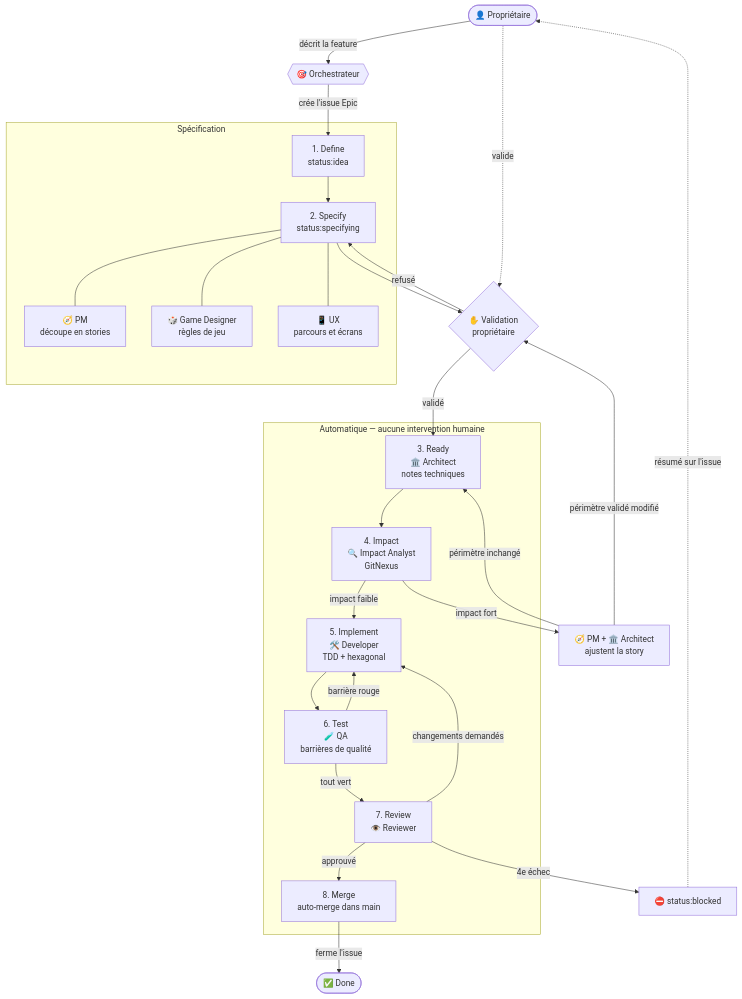
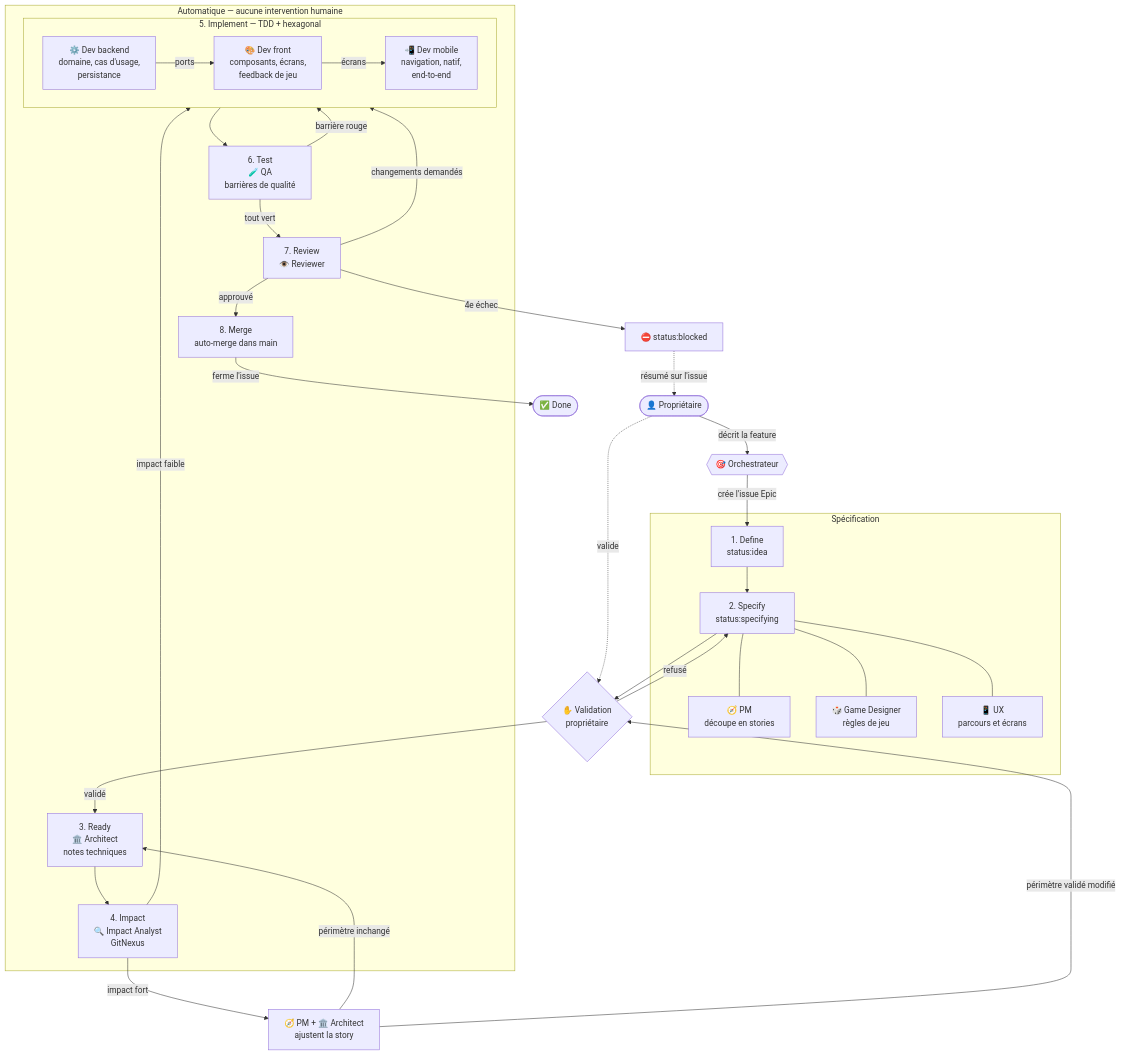
One commit to BPotet/ascent changed the diagram in docs/workflow.md. Above: the diagram before and after it, drawn with Mermaid. The commit also changed other lines of this file and 9 other files, not shown here.

First line of the commit message:
Split developer agent into backend, front and mobile devs

````diff
--- a/docs/workflow.md
+++ b/docs/workflow.md
@@ -15,49 +15,55 @@
 ```mermaid
 flowchart TD
     OWNER([👤 Propriétaire])
     ORCH{{🎯 Orchestrateur}}
 
     OWNER -- décrit la feature --> ORCH
     ORCH -- crée l'issue Epic --> S1
 
     subgraph SPEC [" Spécification "]
         S1[1. Define<br/>status:idea]
         S2[2. Specify<br/>status:specifying]
         PM[🧭 PM<br/>découpe en stories]
         GD[🎲 Game Designer<br/>règles de jeu]
         UX[📱 UX<br/>parcours et écrans]
         S1 --> S2
         S2 --- PM & GD & UX
     end
 
     S2 --> GATE1{✋ Validation<br/>propriétaire}
     OWNER -. valide .-> GATE1
     GATE1 -- refusé --> S2
     GATE1 -- validé --> S3
 
     subgraph AUTO [" Automatique — aucune intervention humaine "]
         S3[3. Ready<br/>🏛️ Architect<br/>notes techniques]
         S4[4. Impact<br/>🔍 Impact Analyst<br/>GitNexus]
-        S5[5. Implement<br/>🛠️ Developer<br/>TDD + hexagonal]
+        subgraph S5 [" 5. Implement — TDD + hexagonal "]
+            direction LR
+            BE[⚙️ Dev backend<br/>domaine, cas d'usage,<br/>persistance]
+            FE[🎨 Dev front<br/>composants, écrans,<br/>feedback de jeu]
+            MO[📲 Dev mobile<br/>navigation, natif,<br/>end-to-end]
+            BE -- ports --> FE -- écrans --> MO
+        end
         S6[6. Test<br/>🧪 QA<br/>barrières de qualité]
         S7[7. Review<br/>👁️ Reviewer]
         S8[8. Merge<br/>auto-merge dans main]
 
         S3 --> S4
         S4 -- impact faible --> S5
         S5 --> S6
         S6 -- barrière rouge --> S5
         S6 -- tout vert --> S7
         S7 -- changements demandés --> S5
         S7 -- approuvé --> S8
     end
 
     S4 -- impact fort --> ESC[🧭 PM + 🏛️ Architect<br/>ajustent la story]
     ESC -- périmètre inchangé --> S3
     ESC -- périmètre validé modifié --> GATE1
 
     S7 -- 4e échec --> BLOCK[⛔ status:blocked]
     BLOCK -. résumé sur l'issue .-> OWNER
 
     S8 -- ferme l'issue --> DONE([✅ Done])
 ```
````
